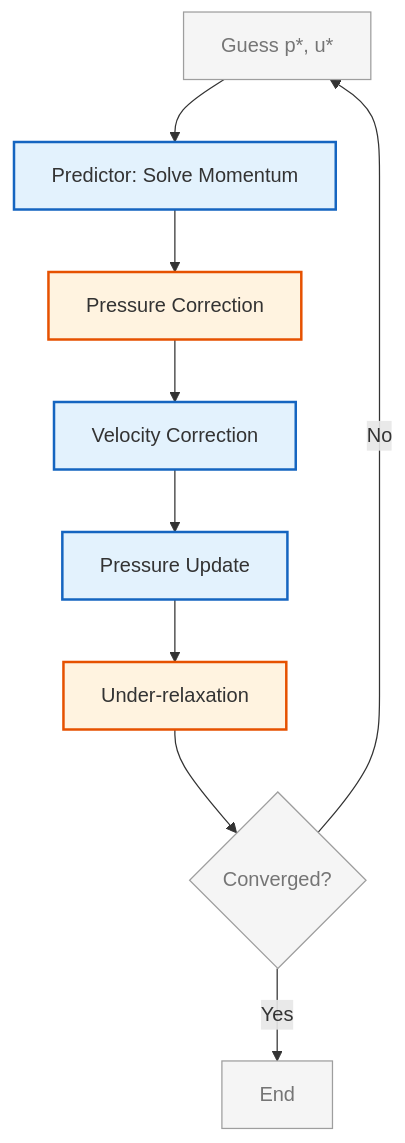
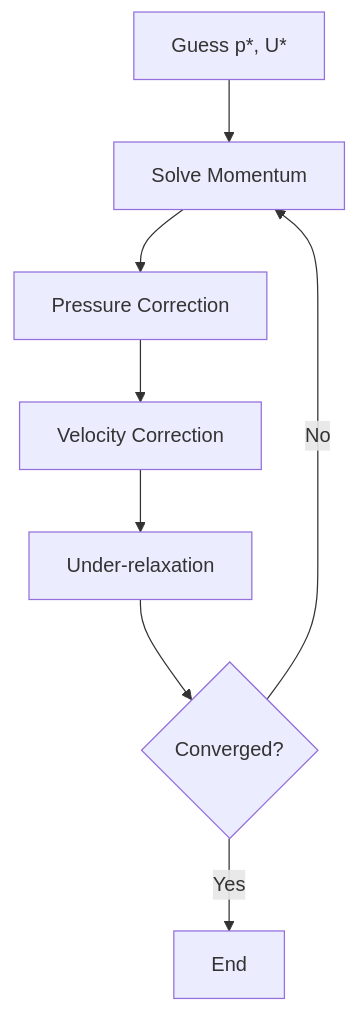
One commit to wramet/build-my-cfd changed the second of 2 diagrams in MODULE_03_SINGLE_PHASE_FLOW/CONTENT/02_PRESSURE_VELOCITY_COUPLING/00_Overview.md. Above: the diagram before and after it, drawn with Mermaid. The commit also changed other lines of this file and 384 other files, not shown here.

````diff
--- a/MODULE_03_SINGLE_PHASE_FLOW/CONTENT/02_PRESSURE_VELOCITY_COUPLING/00_Overview.md
+++ b/MODULE_03_SINGLE_PHASE_FLOW/CONTENT/02_PRESSURE_VELOCITY_COUPLING/00_Overview.md
@@ -95,16 +44,10 @@
 ```mermaid
 flowchart TD
-%% Classes
-classDef explicit fill:#fff3e0,stroke:#e65100,stroke-width:2px;
-classDef implicit fill:#e3f2fd,stroke:#1565c0,stroke-width:2px;
-classDef context fill:#f5f5f5,stroke:#9e9e9e,stroke-width:1px,color:#757575;
-%% Nodes
-A[Guess p*, u*]:::context --> B[Predictor: Solve Momentum]:::implicit
-B --> C[Pressure Correction]:::explicit
-C --> D[Velocity Correction]:::implicit
-D --> E[Pressure Update]:::implicit
-E --> F[Under-relaxation]:::explicit
-F --> G{Converged?}:::context
-G -->|No| A
-G -->|Yes| H[End]:::context
+    A[Guess p*, U*] --> B[Solve Momentum]
+    B --> C[Pressure Correction]
+    C --> D[Velocity Correction]
+    D --> E[Under-relaxation]
+    E --> F{Converged?}
+    F -->|No| B
+    F -->|Yes| G[End]
 ```
````
